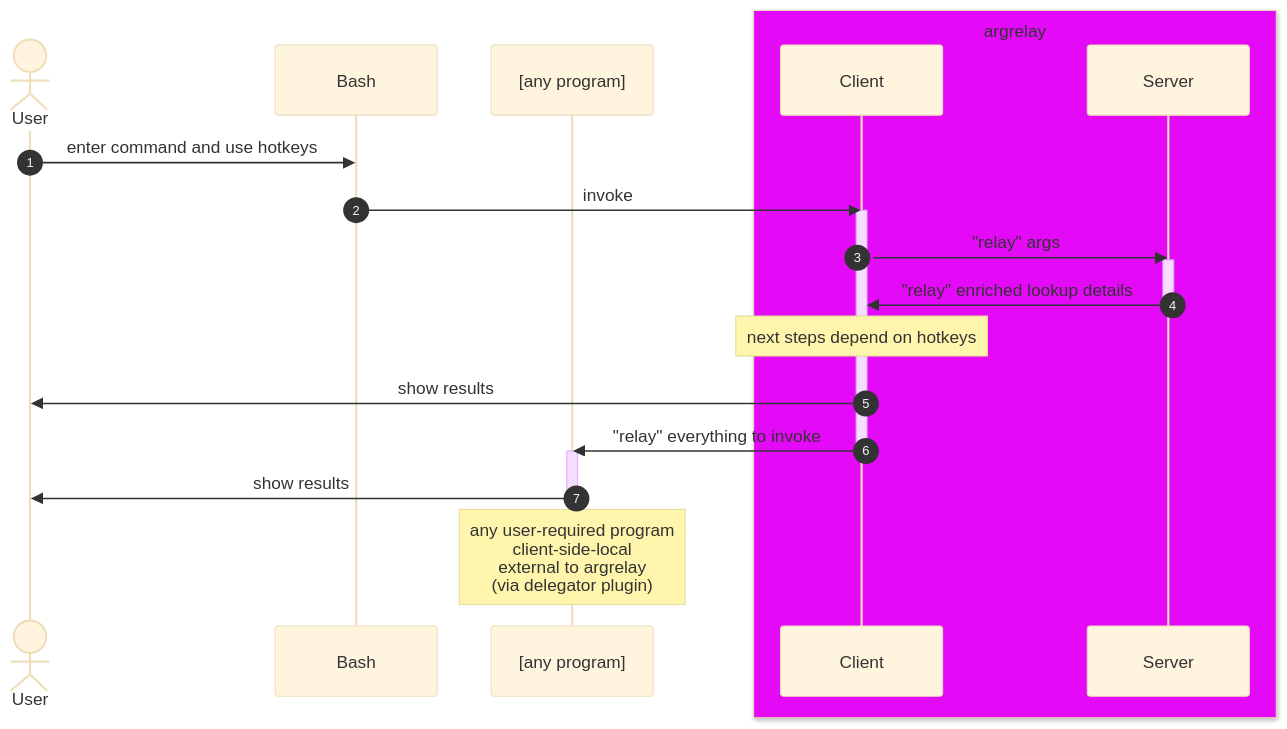
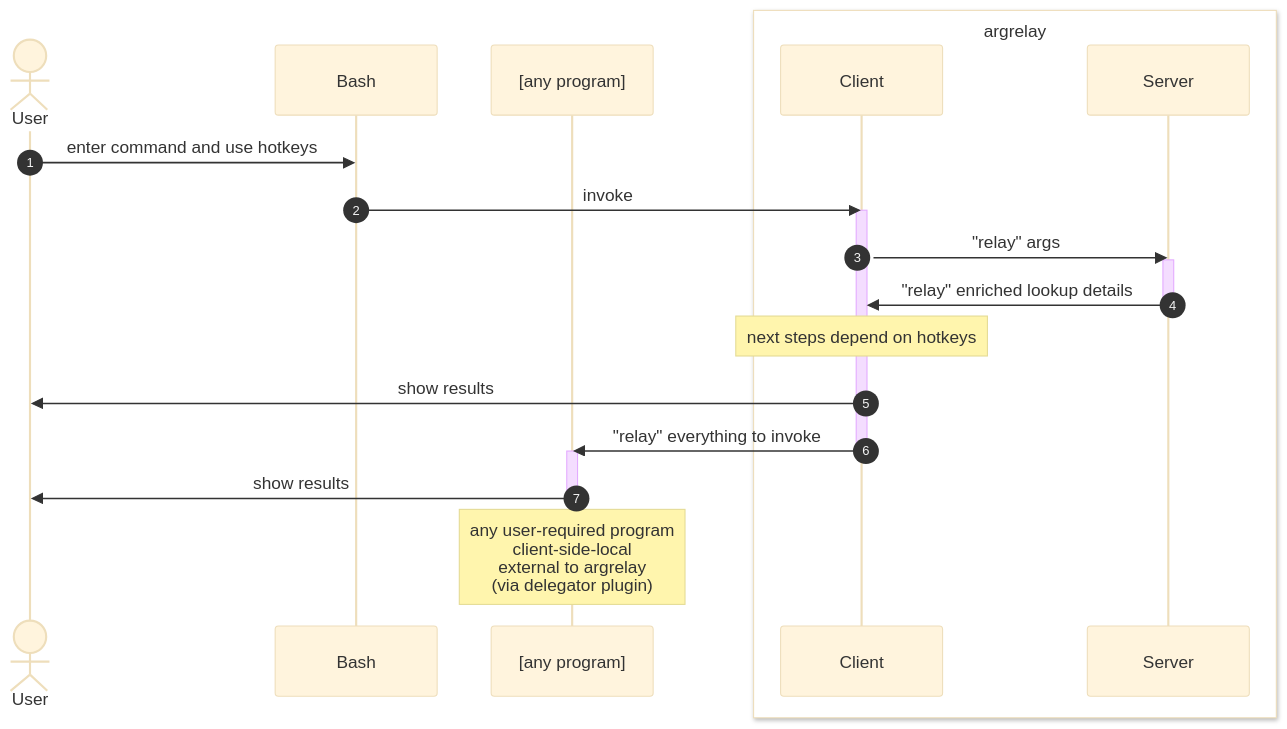
Before and after one commit to argrelay/argrelay: the diagram in readme.md, drawn with Mermaid (base theme).

Commit message:
Test colors

````diff
--- a/readme.md
+++ b/readme.md
@@ -78,26 +78,26 @@
 ```mermaid
 sequenceDiagram
     autonumber
     Actor U as User
     participant B as Bash
     participant P as [any program]
-    box rgb(228, 10, 247) argrelay
+    box rgb(255, 255, 255) argrelay
     participant C as Client
     participant S as Server
     end
     U ->> B: enter command and use hotkeys
     B ->> C: invoke
     activate C
     C ->> S: "relay" args
     activate S
     S ->> C: "relay" enriched lookup details
     deactivate S
     Note over C: next steps depend on hotkeys
     C ->> U: show results
     C ->> P: "relay" everything to invoke
     deactivate C
     activate P
     P ->> U: show results
     deactivate P
     Note over P: any user-required program<br/>client-side-local<br/>external to argrelay<br/>(via delegator plugin)
 ```
````
